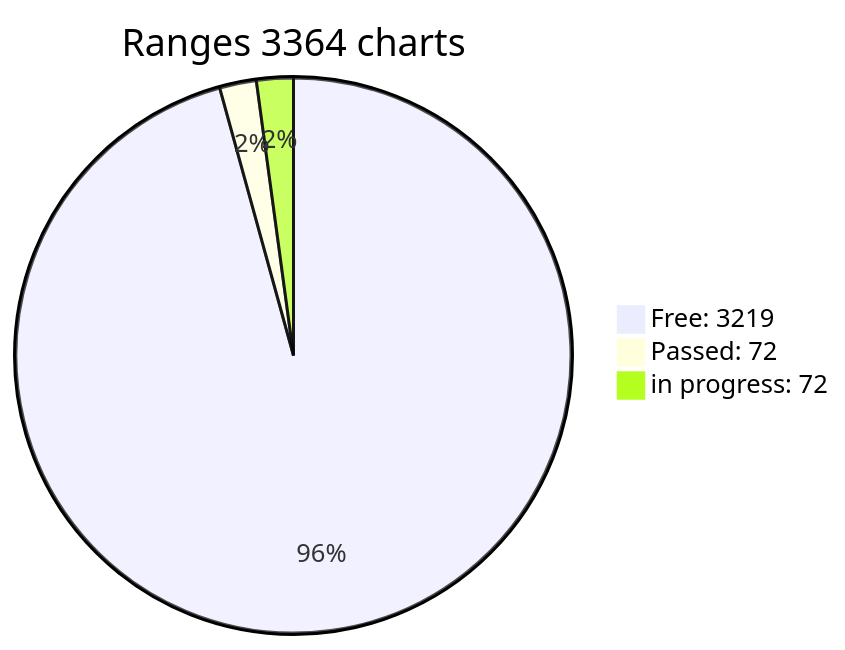
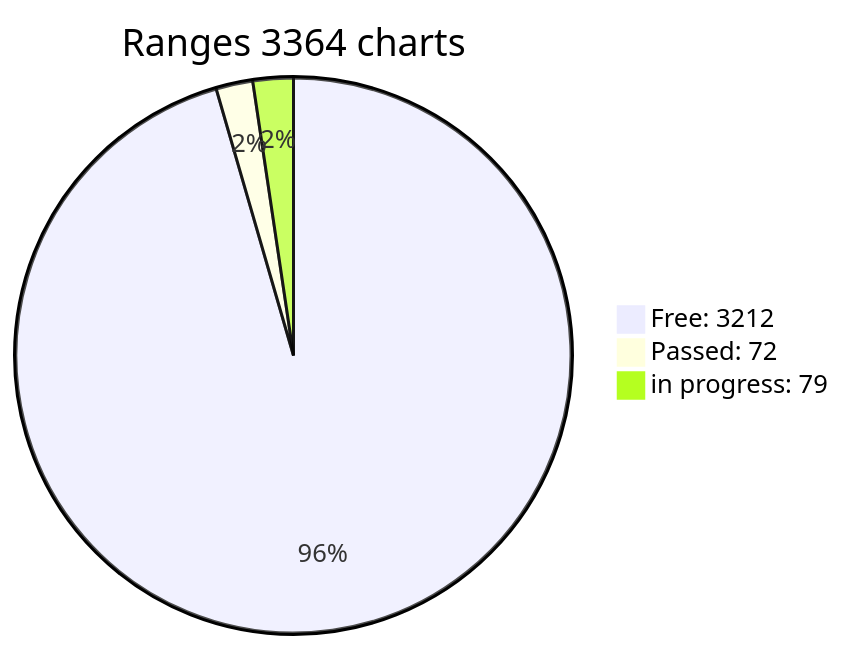
Before and after one commit to phrutis/wif500: the diagram in x64/Release/table.md, drawn with Mermaid. The commit also changed other lines of this file, not shown here.

````diff
--- a/x64/Release/table.md
+++ b/x64/Release/table.md
@@ -3,6 +3,6 @@
 ```mermaid
 pie title Ranges 3364 charts
-"Free: 3219" : 3219
+"Free: 3212" : 3212
 "Passed: 72" : 72
-"in progress: 72" : 72
+"in progress: 79" : 79
 ``` 
````
